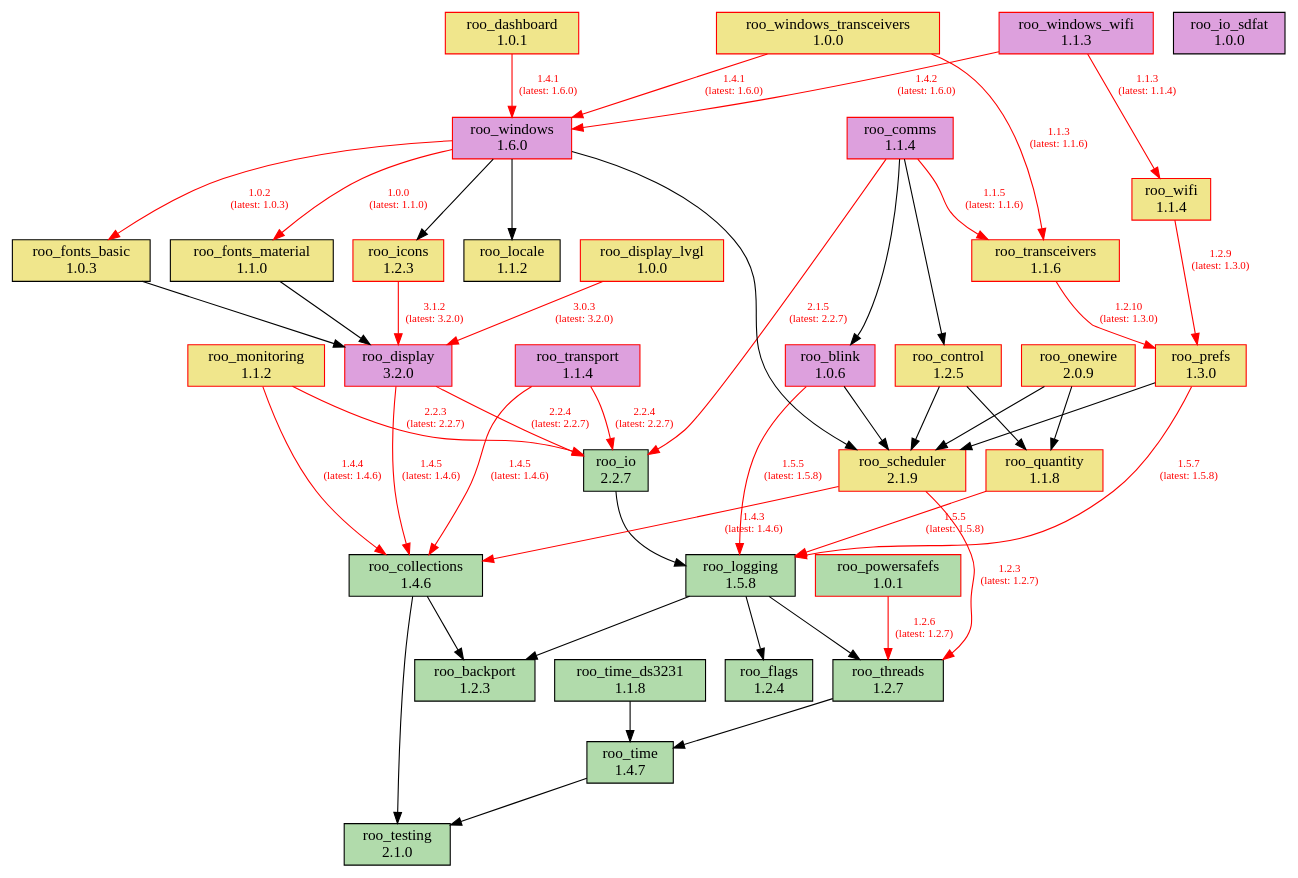
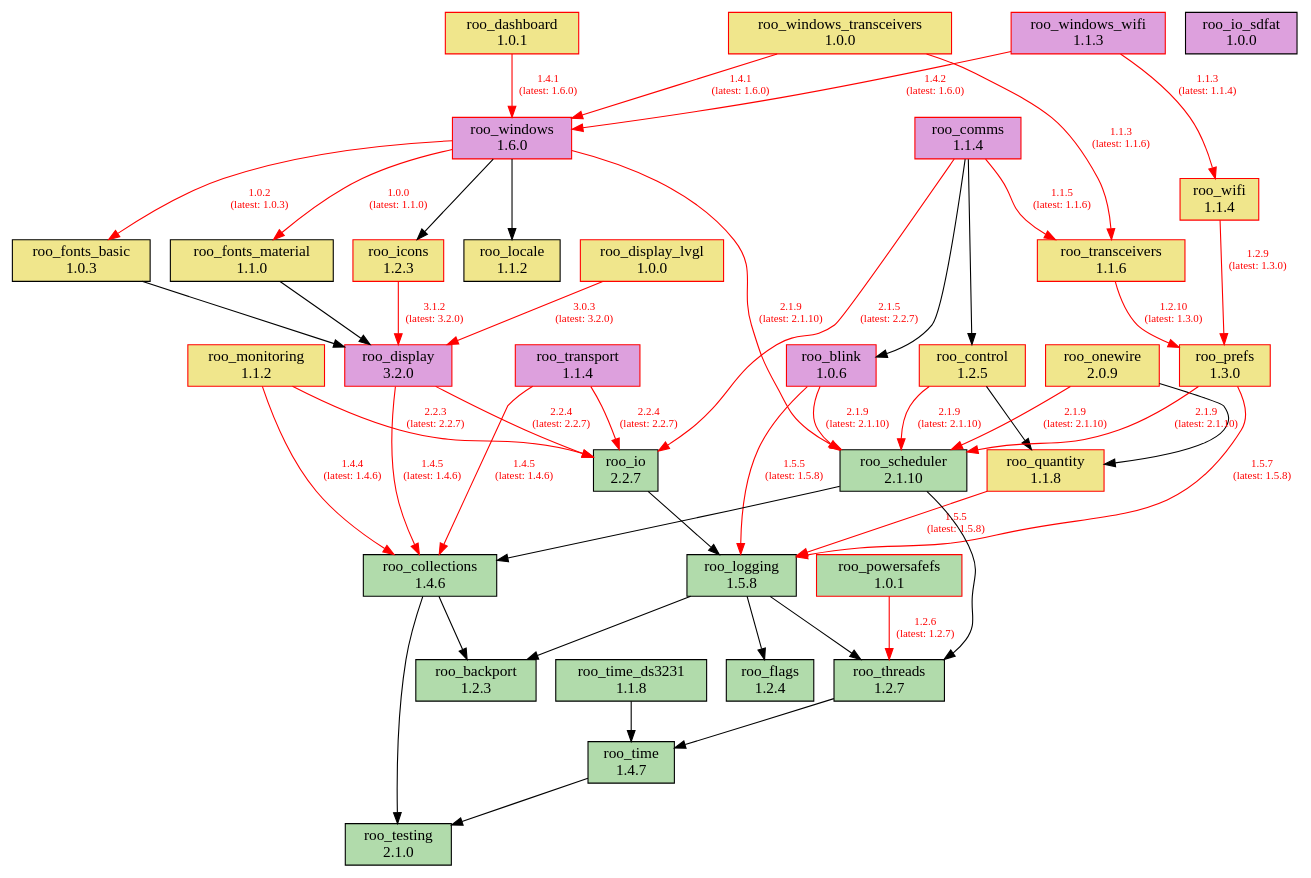
One commit to dejwk/roo-registry changed the diagram in doc/dependencies.dot. Above: the diagram before and after it, drawn with Graphviz. The commit also changed 3 other files, not shown here.

Commit message:
Added roo_scheduler 2.1.10 to the registry.

```diff
--- a/doc/dependencies.dot
+++ b/doc/dependencies.dot
@@ -1,88 +1,88 @@
 digraph dependencies {
     rankdir=TB;
     node [shape=box, style=filled];
     edge [fontsize=10];
 
     // Modules
     "roo_backport" [label="roo_backport\n1.2.3", fillcolor="#b1dbab", color="black"];
     "roo_blink" [label="roo_blink\n1.0.6", fillcolor="plum", color="red"];
     "roo_collections" [label="roo_collections\n1.4.6", fillcolor="#b1dbab", color="black"];
     "roo_comms" [label="roo_comms\n1.1.4", fillcolor="plum", color="red"];
     "roo_control" [label="roo_control\n1.2.5", fillcolor="khaki", color="red"];
     "roo_dashboard" [label="roo_dashboard\n1.0.1", fillcolor="khaki", color="red"];
     "roo_display" [label="roo_display\n3.2.0", fillcolor="plum", color="red"];
     "roo_display_lvgl" [label="roo_display_lvgl\n1.0.0", fillcolor="khaki", color="red"];
     "roo_flags" [label="roo_flags\n1.2.4", fillcolor="#b1dbab", color="black"];
     "roo_fonts_basic" [label="roo_fonts_basic\n1.0.3", fillcolor="khaki", color="black"];
     "roo_fonts_material" [label="roo_fonts_material\n1.1.0", fillcolor="khaki", color="black"];
     "roo_icons" [label="roo_icons\n1.2.3", fillcolor="khaki", color="red"];
     "roo_io" [label="roo_io\n2.2.7", fillcolor="#b1dbab", color="black"];
     "roo_io_sdfat" [label="roo_io_sdfat\n1.0.0", fillcolor="plum", color="black"];
     "roo_locale" [label="roo_locale\n1.1.2", fillcolor="khaki", color="black"];
     "roo_logging" [label="roo_logging\n1.5.8", fillcolor="#b1dbab", color="black"];
     "roo_monitoring" [label="roo_monitoring\n1.1.2", fillcolor="khaki", color="red"];
     "roo_onewire" [label="roo_onewire\n2.0.9", fillcolor="khaki", color="red"];
     "roo_powersafefs" [label="roo_powersafefs\n1.0.1", fillcolor="#b1dbab", color="red"];
     "roo_prefs" [label="roo_prefs\n1.3.0", fillcolor="khaki", color="red"];
     "roo_quantity" [label="roo_quantity\n1.1.8", fillcolor="khaki", color="red"];
-    "roo_scheduler" [label="roo_scheduler\n2.1.9", fillcolor="khaki", color="red"];
+    "roo_scheduler" [label="roo_scheduler\n2.1.10", fillcolor="#b1dbab", color="black"];
     "roo_testing" [label="roo_testing\n2.1.0", fillcolor="#b1dbab", color="black"];
     "roo_threads" [label="roo_threads\n1.2.7", fillcolor="#b1dbab", color="black"];
     "roo_time" [label="roo_time\n1.4.7", fillcolor="#b1dbab", color="black"];
     "roo_time_ds3231" [label="roo_time_ds3231\n1.1.8", fillcolor="#b1dbab", color="black"];
     "roo_transceivers" [label="roo_transceivers\n1.1.6", fillcolor="khaki", color="red"];
     "roo_transport" [label="roo_transport\n1.1.4", fillcolor="plum", color="red"];
     "roo_wifi" [label="roo_wifi\n1.1.4", fillcolor="khaki", color="red"];
     "roo_windows" [label="roo_windows\n1.6.0", fillcolor="plum", color="red"];
     "roo_windows_transceivers" [label="roo_windows_transceivers\n1.0.0", fillcolor="khaki", color="red"];
     "roo_windows_wifi" [label="roo_windows_wifi\n1.1.3", fillcolor="plum", color="red"];
 
     // Dependencies
     "roo_blink" -> "roo_logging" [color=red, fontcolor=red, label="1.5.5\n(latest: 1.5.8)"];
-    "roo_blink" -> "roo_scheduler";
+    "roo_blink" -> "roo_scheduler" [color=red, fontcolor=red, label="2.1.9\n(latest: 2.1.10)"];
     "roo_collections" -> "roo_testing";
     "roo_collections" -> "roo_backport";
     "roo_comms" -> "roo_blink";
     "roo_comms" -> "roo_control";
     "roo_comms" -> "roo_io" [color=red, fontcolor=red, label="2.1.5\n(latest: 2.2.7)"];
     "roo_comms" -> "roo_transceivers" [color=red, fontcolor=red, label="1.1.5\n(latest: 1.1.6)"];
     "roo_control" -> "roo_quantity";
-    "roo_control" -> "roo_scheduler";
+    "roo_control" -> "roo_scheduler" [color=red, fontcolor=red, label="2.1.9\n(latest: 2.1.10)"];
     "roo_dashboard" -> "roo_windows" [color=red, fontcolor=red, label="1.4.1\n(latest: 1.6.0)"];
     "roo_display" -> "roo_collections" [color=red, fontcolor=red, label="1.4.5\n(latest: 1.4.6)"];
     "roo_display" -> "roo_io" [color=red, fontcolor=red, label="2.2.4\n(latest: 2.2.7)"];
     "roo_display_lvgl" -> "roo_display" [color=red, fontcolor=red, label="3.0.3\n(latest: 3.2.0)"];
     "roo_fonts_basic" -> "roo_display";
     "roo_fonts_material" -> "roo_display";
     "roo_icons" -> "roo_display" [color=red, fontcolor=red, label="3.1.2\n(latest: 3.2.0)"];
     "roo_io" -> "roo_logging";
     "roo_logging" -> "roo_backport";
     "roo_logging" -> "roo_flags";
     "roo_logging" -> "roo_threads";
     "roo_monitoring" -> "roo_collections" [color=red, fontcolor=red, label="1.4.4\n(latest: 1.4.6)"];
     "roo_monitoring" -> "roo_io" [color=red, fontcolor=red, label="2.2.3\n(latest: 2.2.7)"];
-    "roo_onewire" -> "roo_scheduler";
+    "roo_onewire" -> "roo_scheduler" [color=red, fontcolor=red, label="2.1.9\n(latest: 2.1.10)"];
     "roo_onewire" -> "roo_quantity";
     "roo_powersafefs" -> "roo_threads" [color=red, fontcolor=red, label="1.2.6\n(latest: 1.2.7)"];
     "roo_prefs" -> "roo_logging" [color=red, fontcolor=red, label="1.5.7\n(latest: 1.5.8)"];
-    "roo_prefs" -> "roo_scheduler";
+    "roo_prefs" -> "roo_scheduler" [color=red, fontcolor=red, label="2.1.9\n(latest: 2.1.10)"];
     "roo_quantity" -> "roo_logging" [color=red, fontcolor=red, label="1.5.5\n(latest: 1.5.8)"];
-    "roo_scheduler" -> "roo_collections" [color=red, fontcolor=red, label="1.4.3\n(latest: 1.4.6)"];
-    "roo_scheduler" -> "roo_threads" [color=red, fontcolor=red, label="1.2.3\n(latest: 1.2.7)"];
+    "roo_scheduler" -> "roo_collections";
+    "roo_scheduler" -> "roo_threads";
     "roo_threads" -> "roo_time";
     "roo_time" -> "roo_testing";
     "roo_time_ds3231" -> "roo_time";
     "roo_transceivers" -> "roo_prefs" [color=red, fontcolor=red, label="1.2.10\n(latest: 1.3.0)"];
     "roo_transport" -> "roo_collections" [color=red, fontcolor=red, label="1.4.5\n(latest: 1.4.6)"];
     "roo_transport" -> "roo_io" [color=red, fontcolor=red, label="2.2.4\n(latest: 2.2.7)"];
     "roo_wifi" -> "roo_prefs" [color=red, fontcolor=red, label="1.2.9\n(latest: 1.3.0)"];
     "roo_windows" -> "roo_fonts_basic" [color=red, fontcolor=red, label="1.0.2\n(latest: 1.0.3)"];
     "roo_windows" -> "roo_fonts_material" [color=red, fontcolor=red, label="1.0.0\n(latest: 1.1.0)"];
     "roo_windows" -> "roo_locale";
     "roo_windows" -> "roo_icons";
-    "roo_windows" -> "roo_scheduler";
+    "roo_windows" -> "roo_scheduler" [color=red, fontcolor=red, label="2.1.9\n(latest: 2.1.10)"];
     "roo_windows_transceivers" -> "roo_transceivers" [color=red, fontcolor=red, label="1.1.3\n(latest: 1.1.6)"];
     "roo_windows_transceivers" -> "roo_windows" [color=red, fontcolor=red, label="1.4.1\n(latest: 1.6.0)"];
     "roo_windows_wifi" -> "roo_wifi" [color=red, fontcolor=red, label="1.1.3\n(latest: 1.1.4)"];
     "roo_windows_wifi" -> "roo_windows" [color=red, fontcolor=red, label="1.4.2\n(latest: 1.6.0)"];
 }
```
